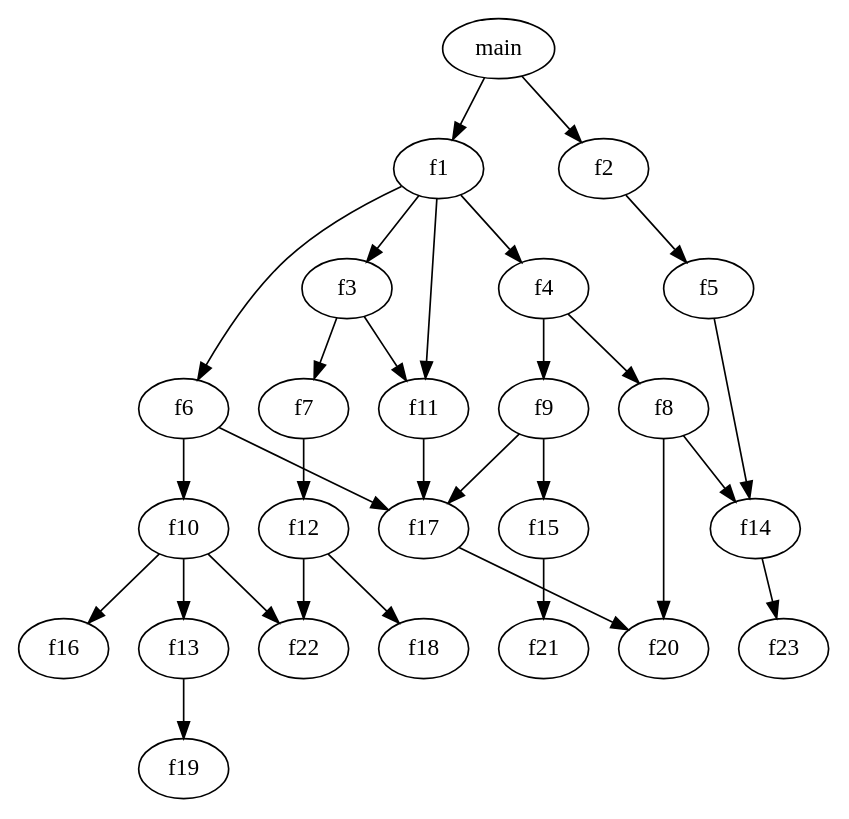
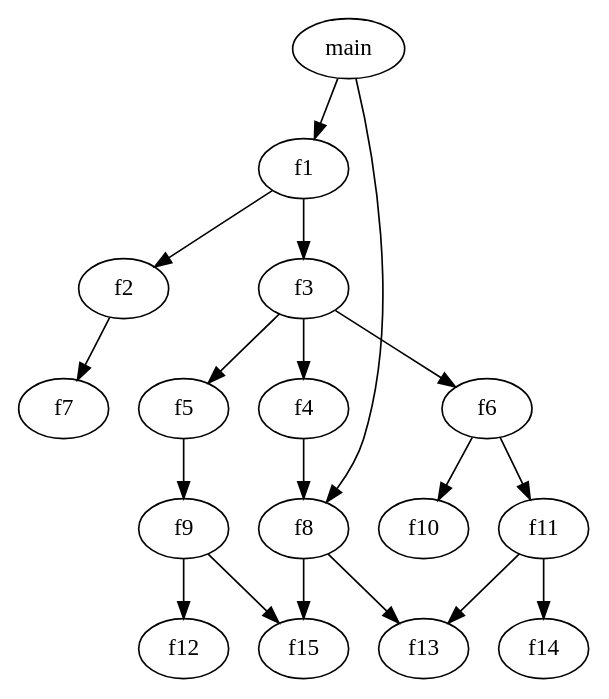
The diagram in graph.gv (texashodlr/ECEN608ProgrammingAssignment), drawn with Graphviz before and after one commit. The commit also changed 13 other files, not shown here.

```diff
--- a/graph.gv
+++ b/graph.gv
@@ -1,55 +1,36 @@
 digraph {
 	0 [label=main]
 	1 [label=f1]
 	0 -> 1
 	2 [label=f2]
-	0 -> 2
+	1 -> 2
 	3 [label=f3]
 	1 -> 3
 	4 [label=f4]
-	1 -> 4
+	3 -> 4
 	5 [label=f5]
-	2 -> 5
+	3 -> 5
 	6 [label=f6]
-	1 -> 6
+	3 -> 6
 	7 [label=f7]
-	3 -> 7
+	2 -> 7
 	8 [label=f8]
 	4 -> 8
 	9 [label=f9]
-	4 -> 9
+	5 -> 9
 	10 [label=f10]
 	6 -> 10
 	11 [label=f11]
-	3 -> 11
+	6 -> 11
 	12 [label=f12]
-	7 -> 12
+	9 -> 12
 	13 [label=f13]
-	10 -> 13
+	8 -> 13
 	14 [label=f14]
-	8 -> 14
+	11 -> 14
 	15 [label=f15]
+	8 -> 15
+	0 -> 8
 	9 -> 15
-	16 [label=f16]
-	10 -> 16
-	17 [label=f17]
-	9 -> 17
-	18 [label=f18]
-	12 -> 18
-	19 [label=f19]
-	13 -> 19
-	20 [label=f20]
-	17 -> 20
-	21 [label=f21]
-	15 -> 21
-	22 [label=f22]
-	12 -> 22
-	23 [label=f23]
-	14 -> 23
-	1 -> 11
-	5 -> 14
-	6 -> 17
-	8 -> 20
-	10 -> 22
-	11 -> 17
+	11 -> 13
 }
```
